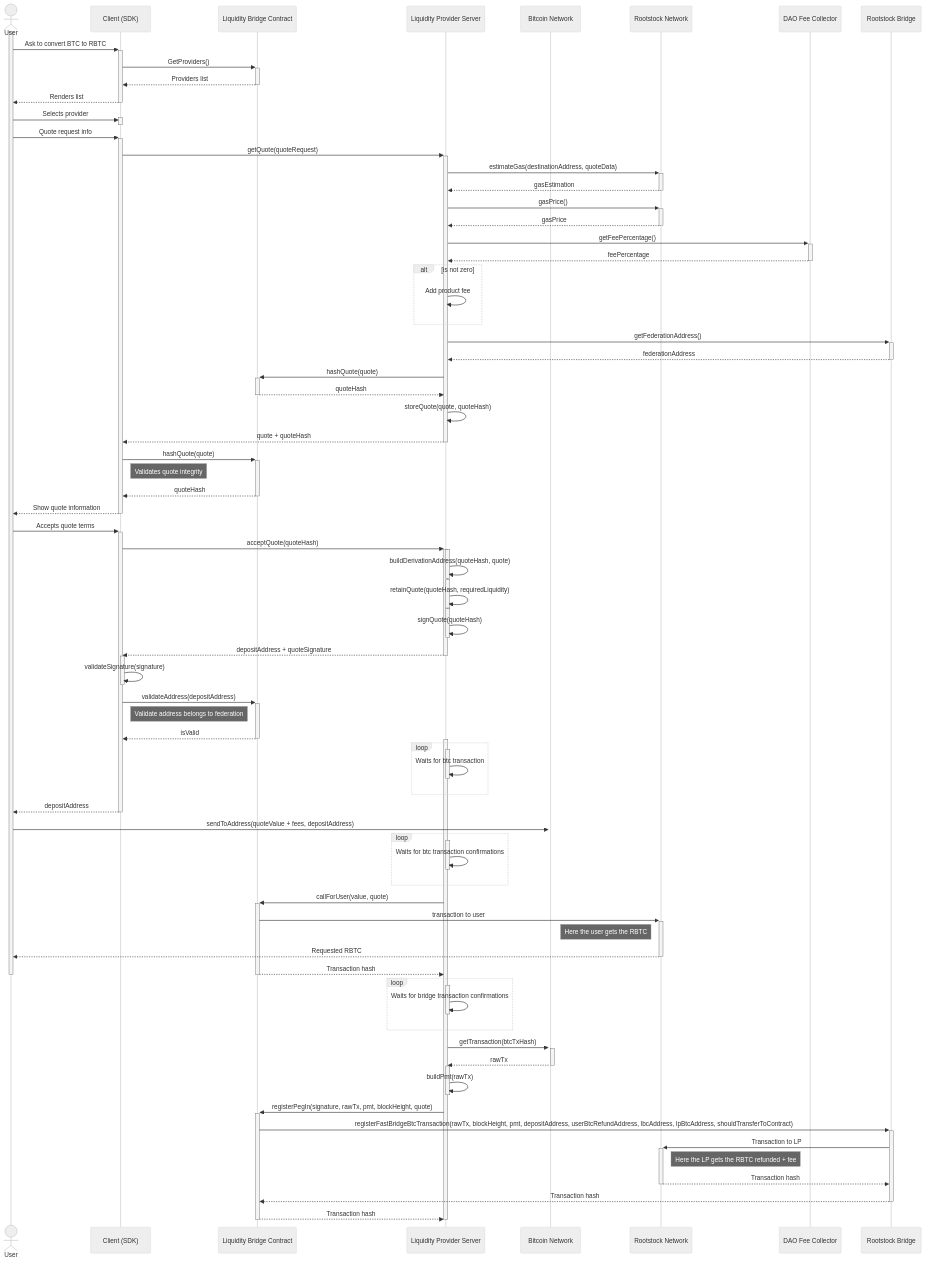
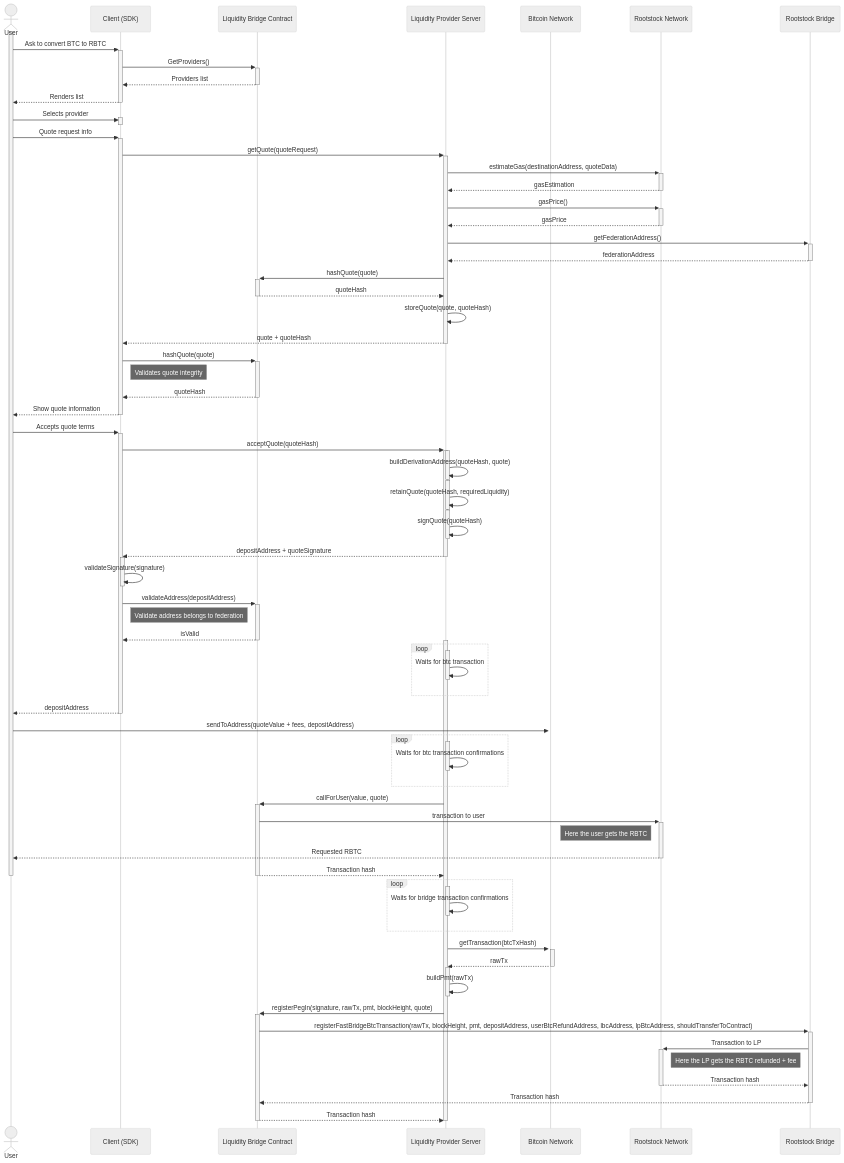
One commit to rsksmart/liquidity-provider-server changed the diagram in docs/diagrams/PegIn.mmd. Above: the diagram before and after it, drawn with Mermaid (neutral theme). The commit also changed 68 other files, not shown here.

Commit message:
feat: remove product fee and dao contributor

```diff
--- a/docs/diagrams/PegIn.mmd
+++ b/docs/diagrams/PegIn.mmd
@@ -1,101 +1,95 @@
 sequenceDiagram
     actor usr as User
     participant cli as Client (SDK)
     participant lbc as Liquidity Bridge Contract
     participant lps as Liquidity Provider Server
     participant btc as Bitcoin Network
     participant rsk as Rootstock Network
-    participant feeCollector as DAO Fee Collector
     participant bridge as Rootstock Bridge
 
     activate usr
     usr->>+cli: Ask to convert BTC to RBTC
     cli->>+lbc: GetProviders()
     lbc-->>-cli: Providers list
     cli-->>-usr: Renders list
     usr->>+cli: Selects provider
     deactivate cli
 
     usr->>+cli: Quote request info
     cli->>+lps: getQuote(quoteRequest)
     lps->>+rsk: estimateGas(destinationAddress, quoteData)
     rsk-->>-lps: gasEstimation
     lps->>+rsk: gasPrice()
     rsk-->>-lps: gasPrice
-    lps->>+feeCollector: getFeePercentage()
-    feeCollector-->>-lps: feePercentage
-    alt is not zero
-        lps->>lps: Add product fee
-    end
     lps->>+bridge: getFederationAddress()
     bridge-->>-lps: federationAddress
     lps->>+lbc: hashQuote(quote)
     lbc-->>-lps: quoteHash
     lps->>lps: storeQuote(quote, quoteHash)
     lps-->>-cli: quote + quoteHash
     cli->>+lbc: hashQuote(quote)
     Note right of cli: Validates quote integrity
     lbc-->>-cli: quoteHash
     cli-->>-usr: Show quote information
 
     usr->>+cli: Accepts quote terms
     cli->>+lps: acceptQuote(quoteHash)
     activate lps
     lps->>lps: buildDerivationAddress(quoteHash, quote)
     deactivate lps
     activate lps
     lps->>lps: retainQuote(quoteHash, requiredLiquidity)
     deactivate lps
     activate lps
     lps->>lps: signQuote(quoteHash)
     deactivate lps
     lps-->>-cli: depositAddress + quoteSignature
 
     activate cli
     cli->>cli: validateSignature(signature)
     deactivate cli
     cli->>+lbc: validateAddress(depositAddress)
     Note right of cli: Validate address belongs to federation
     lbc-->>-cli: isValid
 
     activate lps
     loop
         activate lps
         lps->>lps: Waits for btc transaction
         deactivate lps
     end
 
     cli-->>-usr: depositAddress
     usr->>+btc: sendToAddress(quoteValue + fees, depositAddress)
 
     loop
         activate lps
         lps->>lps: Waits for btc transaction confirmations
         deactivate lps
     end
 
     lps->>+lbc: callForUser(value, quote)
     lbc->>+rsk: transaction to user
     Note left of rsk: Here the user gets the RBTC
     rsk-->>-usr: Requested RBTC
     lbc-->>-lps: Transaction hash
     deactivate usr
 
     loop
         activate lps
         lps->>lps: Waits for bridge transaction confirmations
         deactivate lps
     end
     lps->>+btc: getTransaction(btcTxHash)
     btc-->>-lps: rawTx
     activate lps
     lps->>lps: buildPmt(rawTx)
     deactivate lps
     lps->>+lbc: registerPegIn(signature, rawTx, pmt, blockHeight, quote)
     lbc->>+bridge: registerFastBridgeBtcTransaction(rawTx, blockHeight, pmt, depositAddress, userBtcRefundAddress, lbcAddress, lpBtcAddress, shouldTransferToContract)
     bridge->>+rsk: Transaction to LP
     Note right of rsk: Here the LP gets the RBTC refunded + fee
     rsk-->>-bridge: Transaction hash
     bridge-->>-lbc: Transaction hash
     lbc-->>-lps: Transaction hash
     deactivate lps
```
